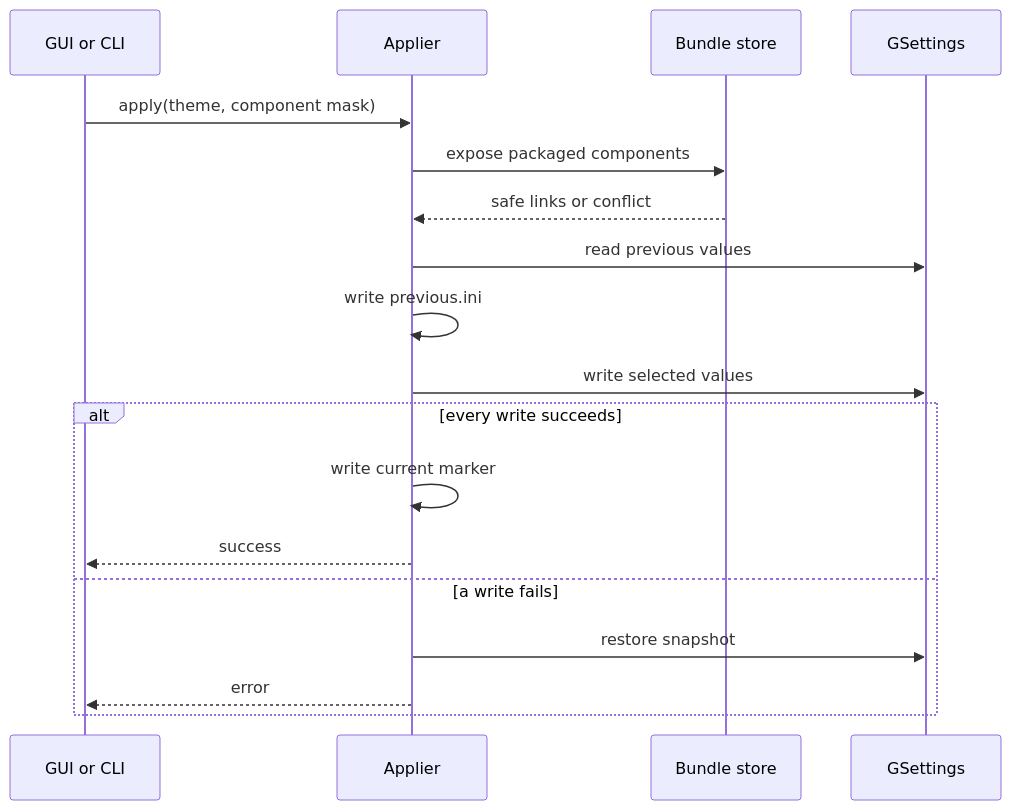
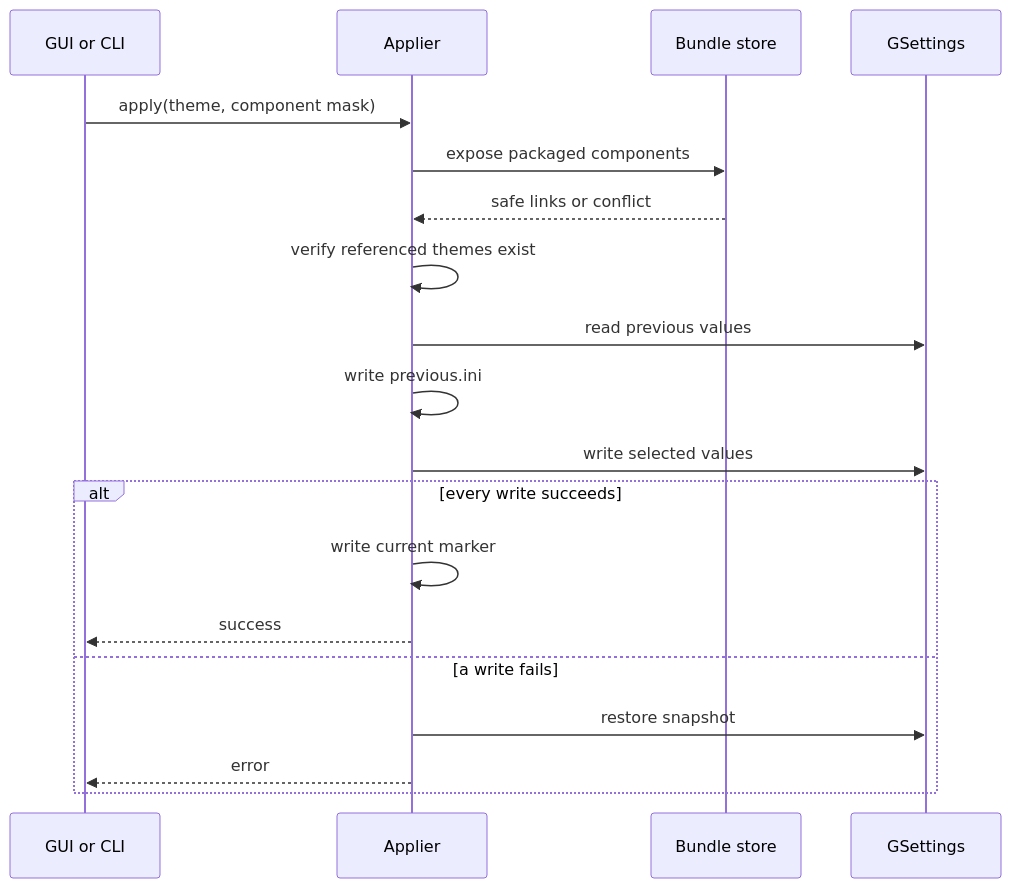
Before and after one commit to The-Specter-X/Theme-Changer: the third of 4 diagrams in CODE_OVERVIEW.md, drawn with Mermaid. The commit also changed other lines of this file and 12 other files, not shown here.

First line of the commit message:
Complete the graphical theme controller

````diff
--- a/CODE_OVERVIEW.md
+++ b/CODE_OVERVIEW.md
@@ -56,20 +59,21 @@
 ```mermaid
 sequenceDiagram
     participant U as GUI or CLI
     participant A as Applier
     participant S as Bundle store
     participant G as GSettings
     U->>A: apply(theme, component mask)
     A->>S: expose packaged components
     S-->>A: safe links or conflict
+    A->>A: verify referenced themes exist
     A->>G: read previous values
     A->>A: write previous.ini
     A->>G: write selected values
     alt every write succeeds
         A->>A: write current marker
         A-->>U: success
     else a write fails
         A->>G: restore snapshot
         A-->>U: error
     end
 ```
````
